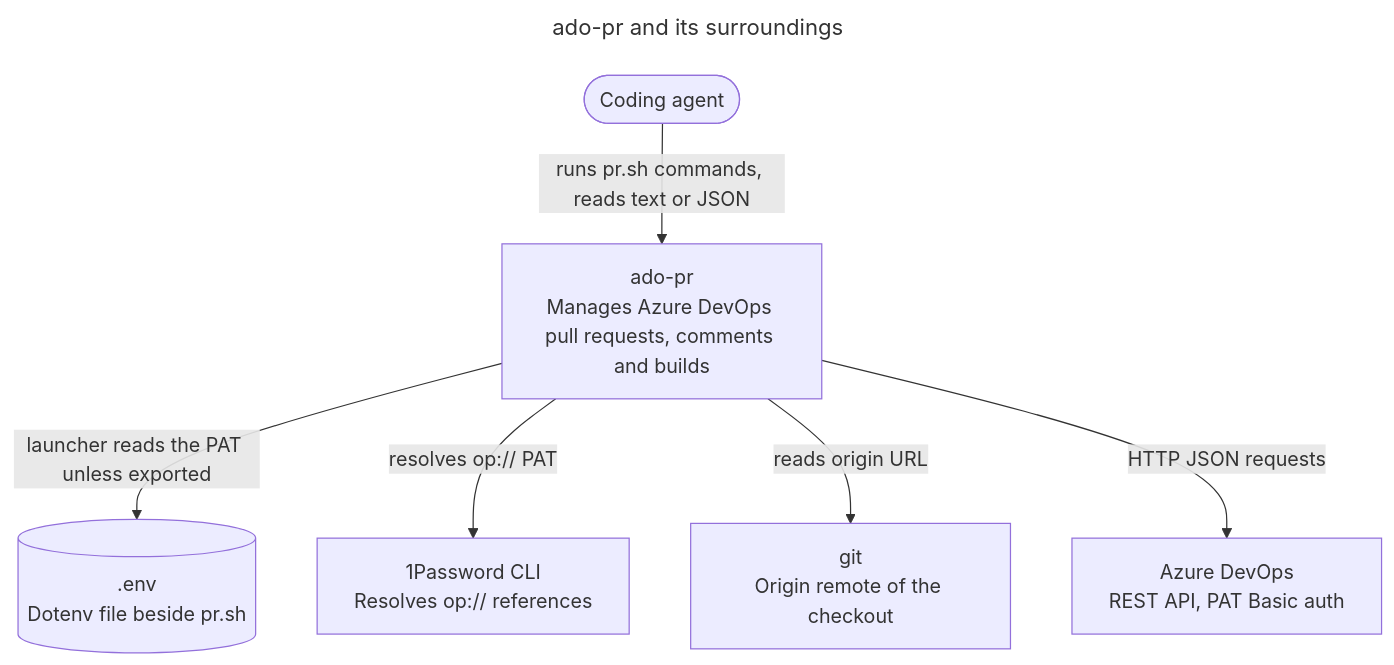
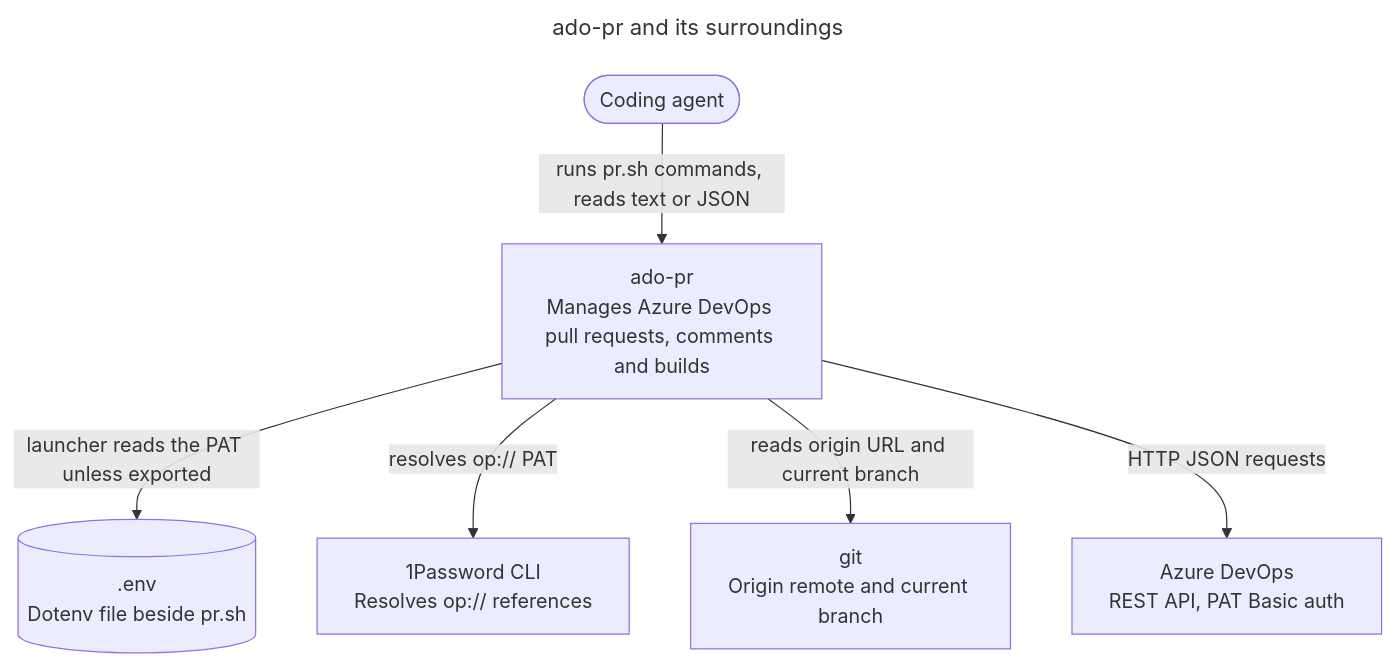
Before and after one commit to remshams/ado-pr: the first of 5 diagrams in docs/architecture/architecture.md, drawn with Mermaid. The commit also changed other lines of this file and 1 other file, not shown here.

Commit message:
docs(Architecture): cover launcher exits, branch lookup and progress events

````diff
--- a/docs/architecture/architecture.md
+++ b/docs/architecture/architecture.md
@@ -33,17 +34,17 @@
 ```mermaid
 ---
 title: ado-pr and its surroundings
 ---
 flowchart TD
     agent(["Coding agent"]):::person
     adopr["ado-pr<br>Manages Azure DevOps pull requests, comments and builds"]:::system
     azure["Azure DevOps<br>REST API, PAT Basic auth"]:::external
-    git["git<br>Origin remote of the checkout"]:::external
+    git["git<br>Origin remote and current branch"]:::external
     op["1Password CLI<br>Resolves op:// references"]:::external
     env[(".env<br>Dotenv file beside pr.sh")]:::store
     agent -->|runs pr.sh commands, reads text or JSON| adopr
     adopr -->|launcher reads the PAT unless exported| env
     adopr -->|resolves op:// PAT| op
-    adopr -->|reads origin URL| git
+    adopr -->|reads origin URL and current branch| git
     adopr -->|HTTP JSON requests| azure
 ```
````
